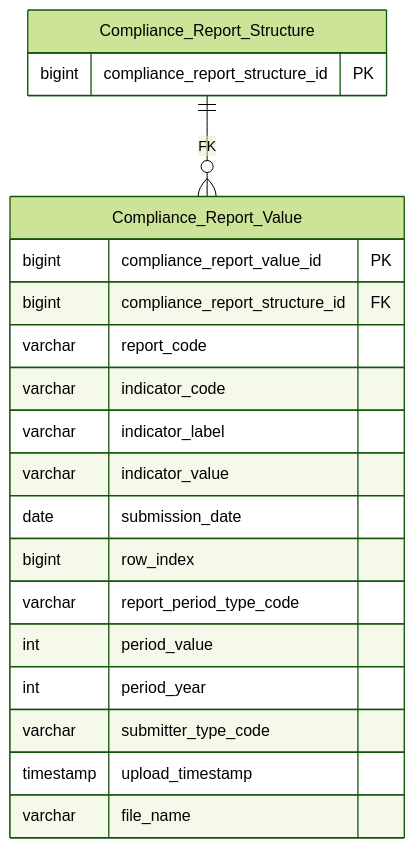
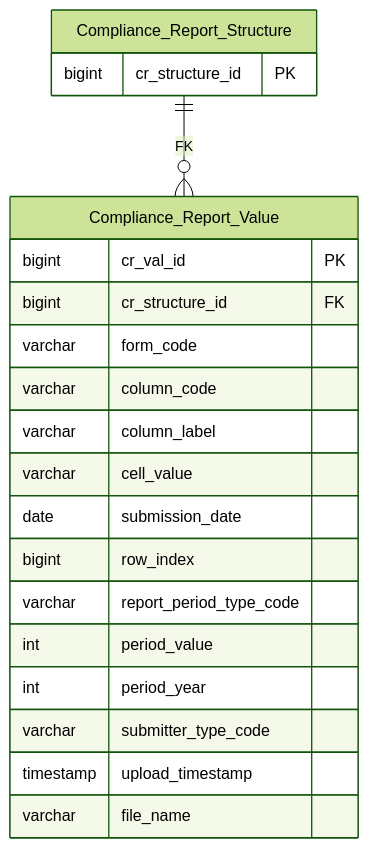
The second of 2 diagrams in DataModel/working/Atomic/hld/TMS_HLD_Tier2.md (linhlvit/ubck_atomic_design), drawn with Mermaid (forest theme) before and after one commit. The commit also changed other lines of this file and 17 other files, not shown here.

````diff
--- a/DataModel/working/Atomic/hld/TMS_HLD_Tier2.md
+++ b/DataModel/working/Atomic/hld/TMS_HLD_Tier2.md
@@ -49,24 +47,24 @@
 ```mermaid
 erDiagram
     Compliance_Report_Structure {
-        bigint compliance_report_structure_id PK
+        bigint cr_structure_id PK
     }
     Compliance_Report_Value {
-        bigint compliance_report_value_id PK
-        bigint compliance_report_structure_id FK
-        varchar report_code
-        varchar indicator_code
-        varchar indicator_label
-        varchar indicator_value
+        bigint cr_val_id PK
+        bigint cr_structure_id FK
+        varchar form_code
+        varchar column_code
+        varchar column_label
+        varchar cell_value
         date submission_date
         bigint row_index
         varchar report_period_type_code
         int period_value
         int period_year
         varchar submitter_type_code
         timestamp upload_timestamp
         varchar file_name
     }
 
     Compliance_Report_Structure ||--o{ Compliance_Report_Value : "FK"
 ```
````
